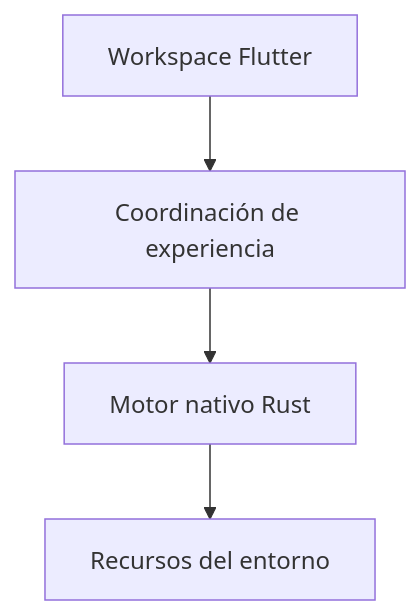
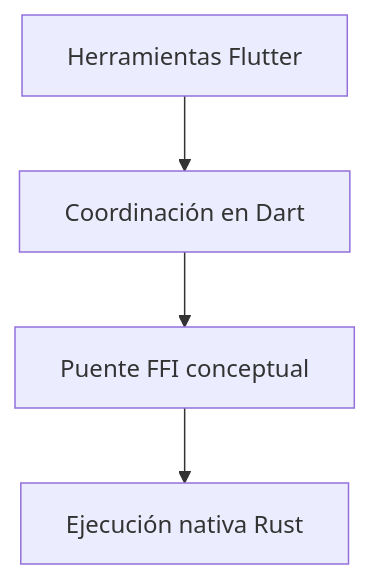
One commit to calinrus-dev/malphas-showcase changed the diagram in docs/ARQUITECTURA.md. Above: the diagram before and after it, drawn with Mermaid. The commit also changed other lines of this file and 7 other files, not shown here.

````diff
--- a/docs/ARQUITECTURA.md
+++ b/docs/ARQUITECTURA.md
@@ -15,6 +15,6 @@
 ```mermaid
 flowchart TD
-    A["Workspace Flutter"] --> B["Coordinación de experiencia"]
-    B --> C["Motor nativo Rust"]
-    C --> D["Recursos del entorno"]
+    A["Herramientas Flutter"] --> B["Coordinación en Dart"]
+    B --> C["Puente FFI conceptual"]
+    C --> D["Ejecución nativa Rust"]
 ```
````
